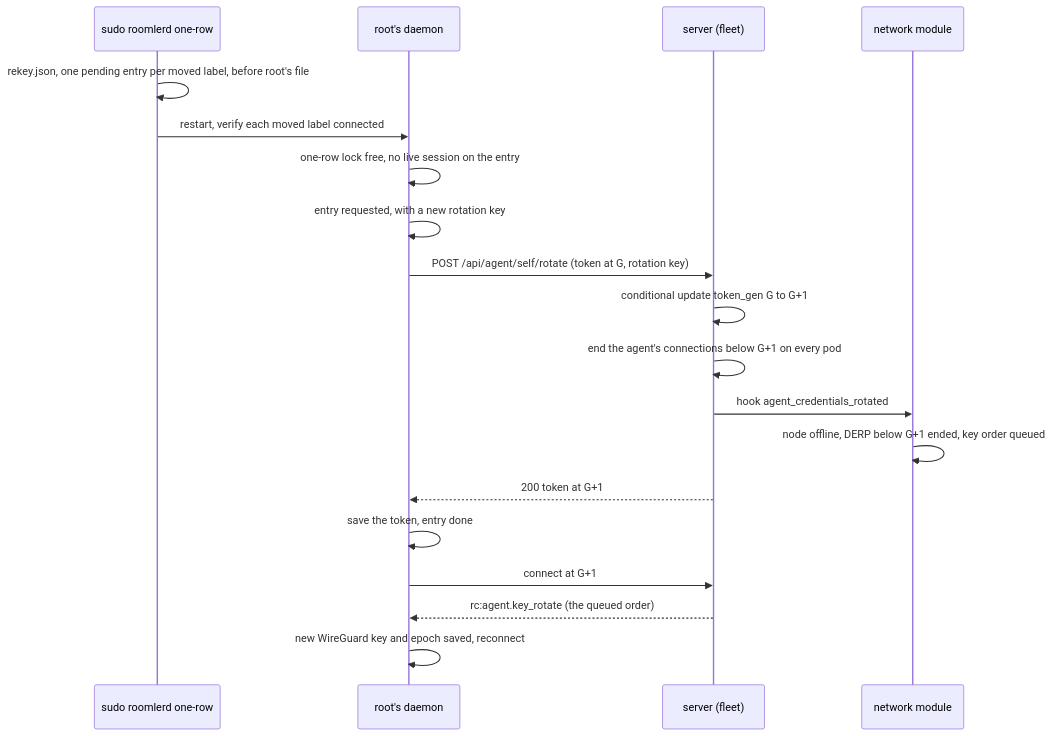
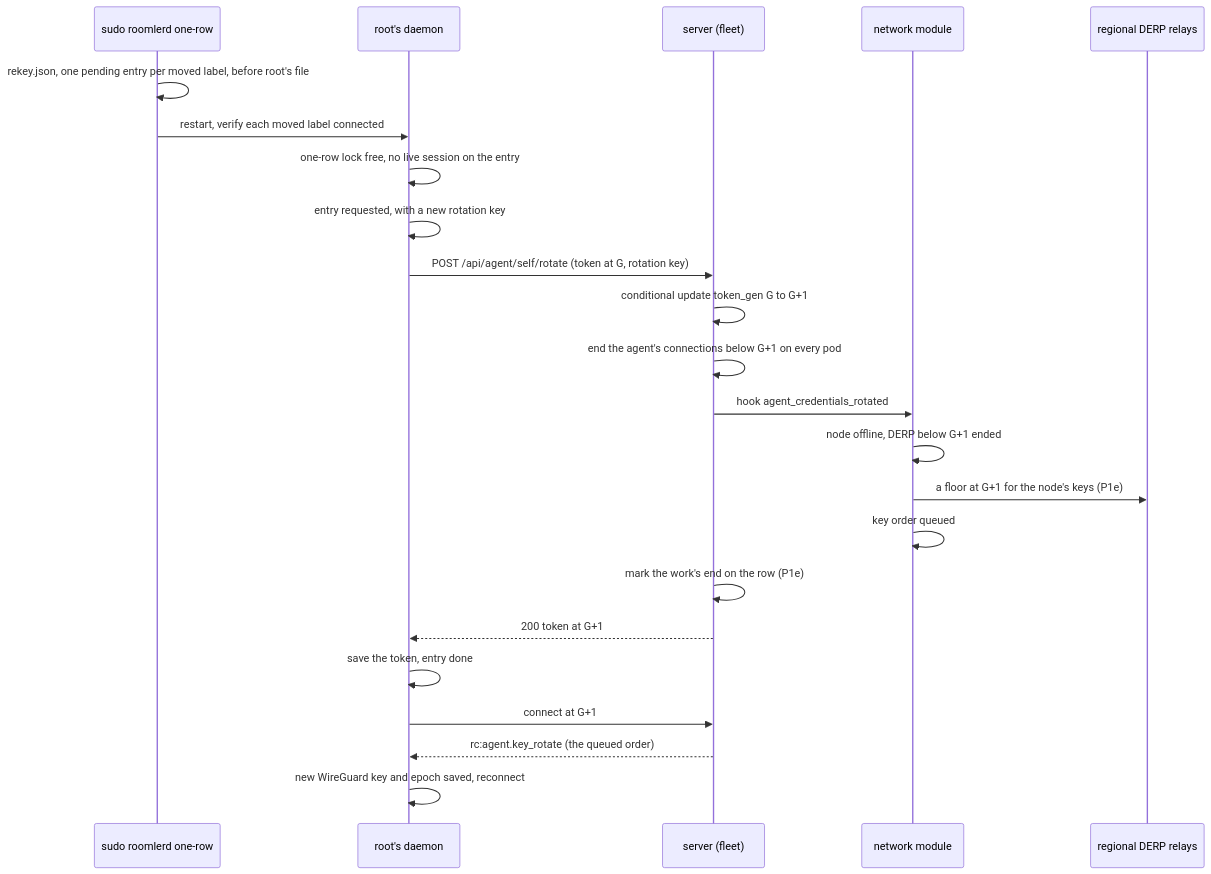
One commit to gjovanov/roomler-ai changed the diagram in docs/fr/FR-155-one-row-new-credentials.md. Above: the diagram before and after it, drawn with Mermaid. The commit also changed other lines of this file and 21 other files, not shown here.

````diff
--- a/docs/fr/FR-155-one-row-new-credentials.md
+++ b/docs/fr/FR-155-one-row-new-credentials.md
@@ -48,21 +49,25 @@
 ```mermaid
 sequenceDiagram
     participant C as sudo roomlerd one-row
     participant D as root's daemon
     participant S as server (fleet)
     participant N as network module
+    participant R as regional DERP relays
     C->>C: rekey.json, one pending entry per moved label, before root's file
     C->>D: restart, verify each moved label connected
     D->>D: one-row lock free, no live session on the entry
     D->>D: entry requested, with a new rotation key
     D->>S: POST /api/agent/self/rotate (token at G, rotation key)
     S->>S: conditional update token_gen G to G+1
     S->>S: end the agent's connections below G+1 on every pod
     S->>N: hook agent_credentials_rotated
-    N->>N: node offline, DERP below G+1 ended, key order queued
+    N->>N: node offline, DERP below G+1 ended
+    N->>R: a floor at G+1 for the node's keys (P1e)
+    N->>N: key order queued
+    S->>S: mark the work's end on the row (P1e)
     S-->>D: 200 token at G+1
     D->>D: save the token, entry done
     D->>S: connect at G+1
     S-->>D: rc:agent.key_rotate (the queued order)
     D->>D: new WireGuard key and epoch saved, reconnect
 ```
````
